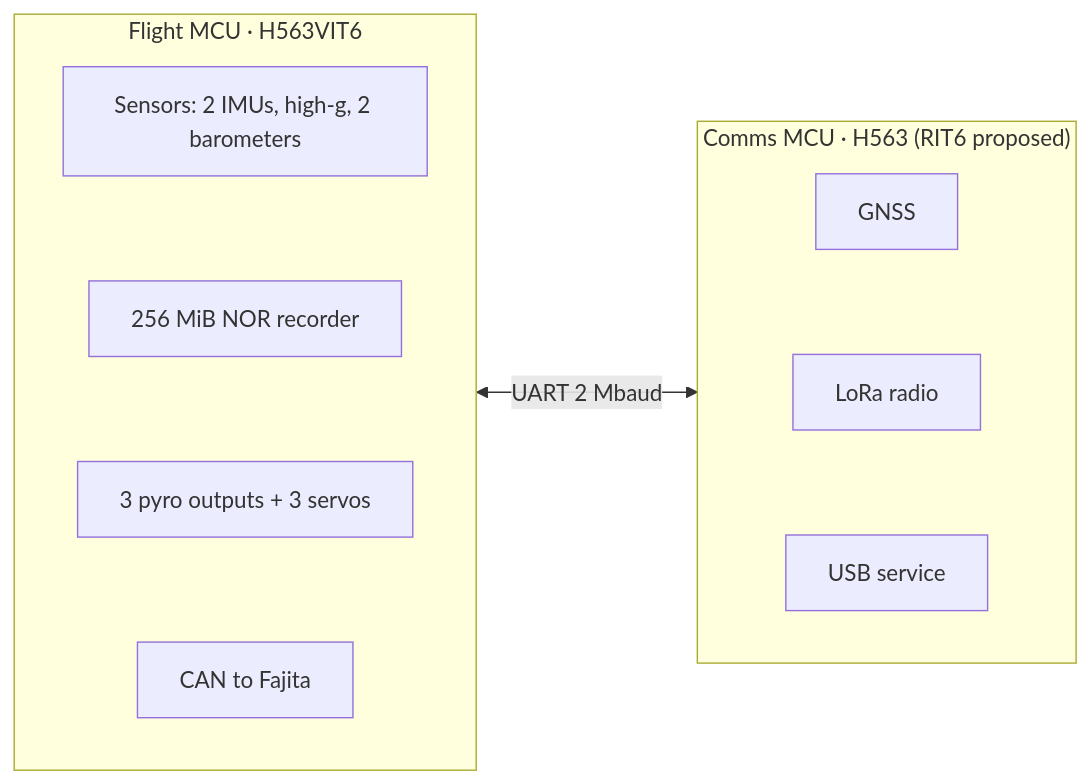
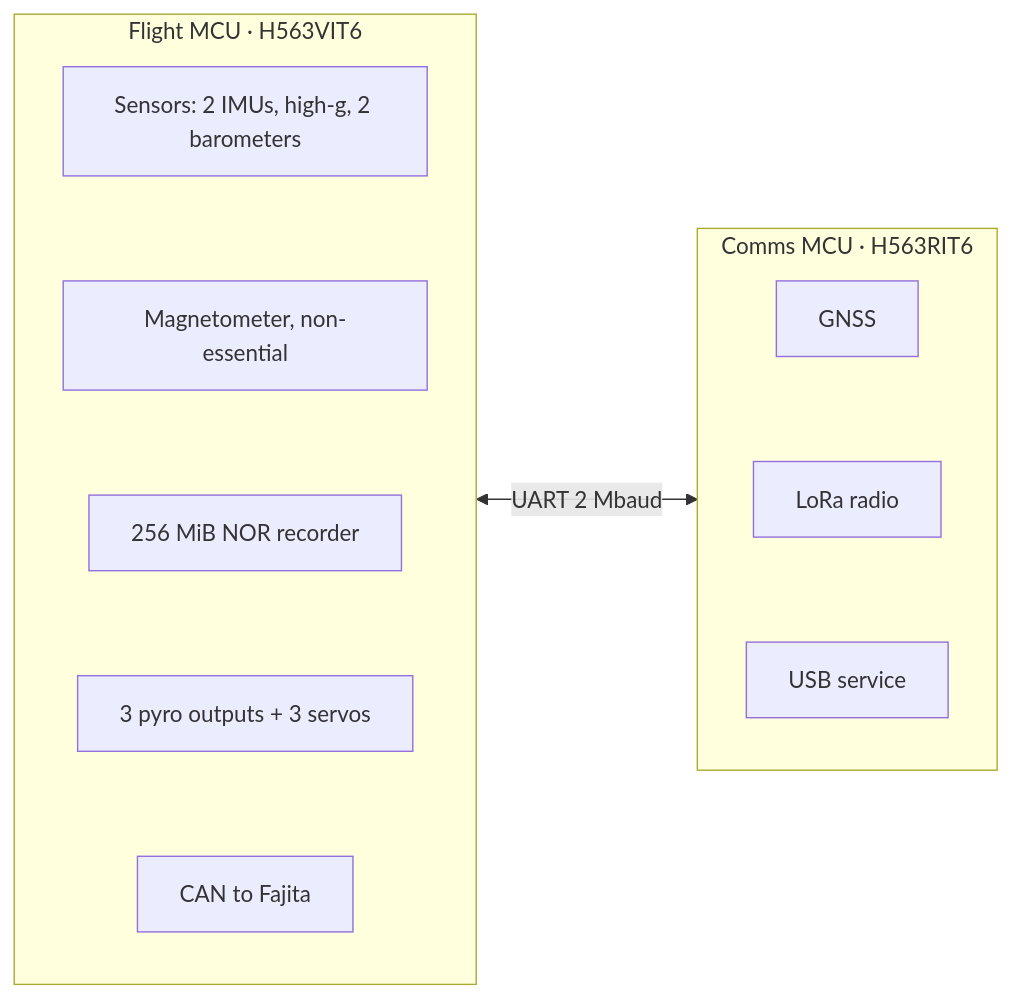
The second of 3 diagrams in docs/architecture/system-tour.md (ULAS-HiPR/Ogma2), drawn with Mermaid before and after one commit. The commit also changed other lines of this file and 3 other files, not shown here.

````diff
--- a/docs/architecture/system-tour.md
+++ b/docs/architecture/system-tour.md
@@ -53,19 +62,20 @@
 ```mermaid
 flowchart LR
   subgraph FLIGHT["Flight MCU · H563VIT6"]
     direction TB
     FS["Sensors: 2 IMUs, high-g, 2 barometers"]
+    FM["Magnetometer, non-essential"]
     FN["256 MiB NOR recorder"]
     FO["3 pyro outputs + 3 servos"]
     FC["CAN to Fajita"]
-    FS ~~~ FN ~~~ FO ~~~ FC
+    FS ~~~ FM ~~~ FN ~~~ FO ~~~ FC
   end
-  subgraph COMMS["Comms MCU · H563 (RIT6 proposed)"]
+  subgraph COMMS["Comms MCU · H563RIT6"]
     direction TB
     CG["GNSS"]
     CR["LoRa radio"]
     CU["USB service"]
     CG ~~~ CR ~~~ CU
   end
   FLIGHT <-->|"UART 2 Mbaud"| COMMS
 ```
````
